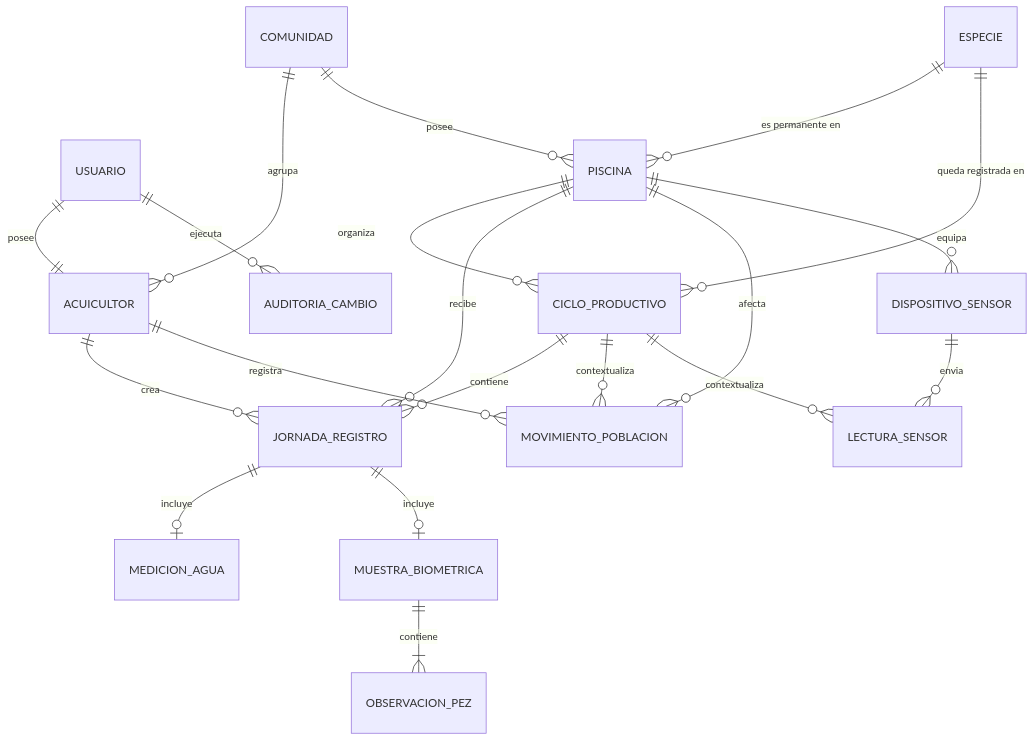
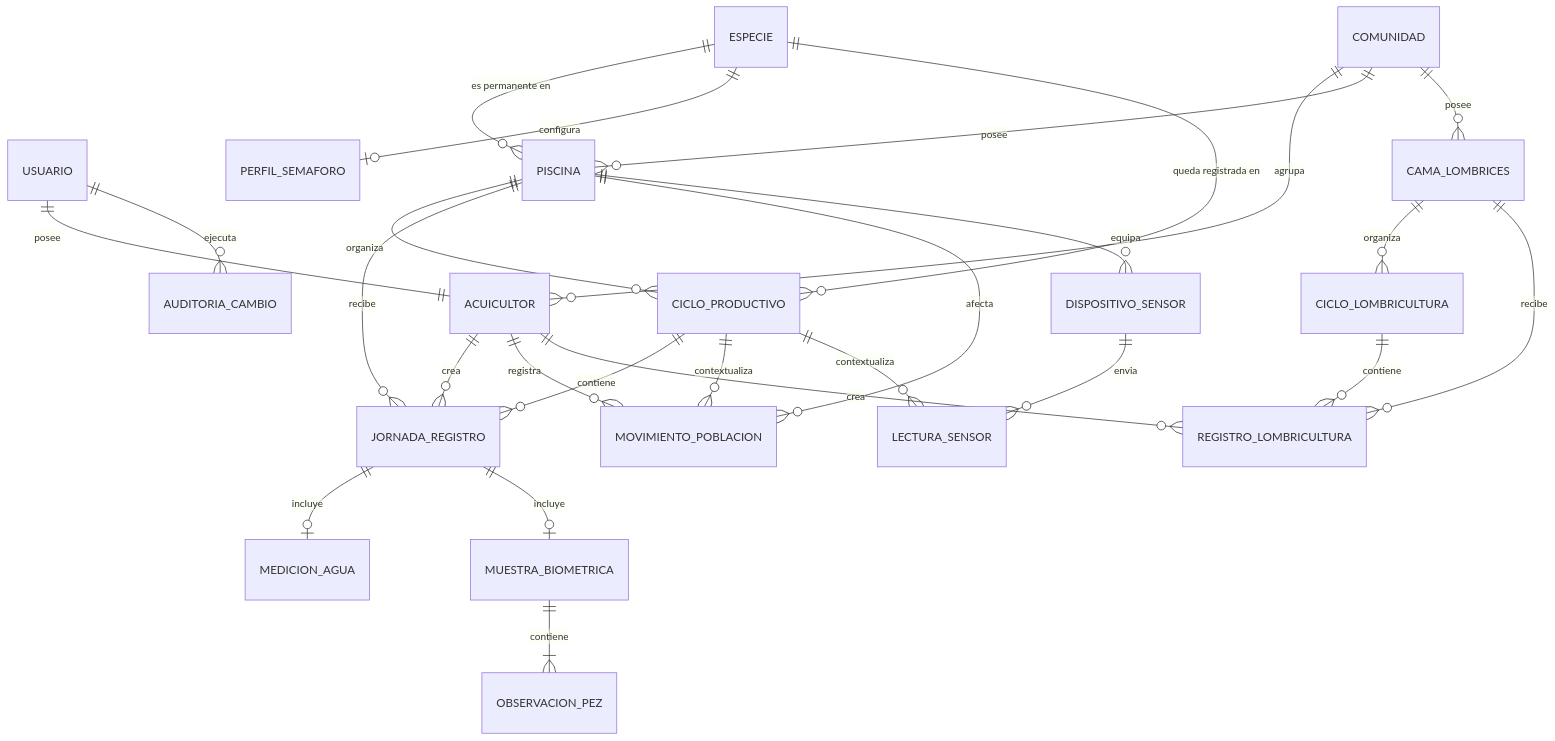
The second of 2 diagrams in ARQUITECTURA.md (S1rGreeN/paitech), drawn with Mermaid before and after one commit. The commit also changed other lines of this file and 29 other files, not shown here.

````diff
--- a/ARQUITECTURA.md
+++ b/ARQUITECTURA.md
@@ -12,22 +12,28 @@
 ```mermaid
 erDiagram
     COMUNIDAD ||--o{ ACUICULTOR : agrupa
     USUARIO ||--|| ACUICULTOR : posee
     COMUNIDAD ||--o{ PISCINA : posee
+    COMUNIDAD ||--o{ CAMA_LOMBRICES : posee
     ESPECIE ||--o{ PISCINA : "es permanente en"
+    ESPECIE ||--o| PERFIL_SEMAFORO : configura
     PISCINA ||--o{ CICLO_PRODUCTIVO : organiza
     ESPECIE ||--o{ CICLO_PRODUCTIVO : "queda registrada en"
     CICLO_PRODUCTIVO ||--o{ JORNADA_REGISTRO : contiene
     PISCINA ||--o{ JORNADA_REGISTRO : recibe
     ACUICULTOR ||--o{ JORNADA_REGISTRO : crea
     JORNADA_REGISTRO ||--o| MEDICION_AGUA : incluye
     JORNADA_REGISTRO ||--o| MUESTRA_BIOMETRICA : incluye
     MUESTRA_BIOMETRICA ||--|{ OBSERVACION_PEZ : contiene
     PISCINA ||--o{ MOVIMIENTO_POBLACION : afecta
     CICLO_PRODUCTIVO ||--o{ MOVIMIENTO_POBLACION : contextualiza
     ACUICULTOR ||--o{ MOVIMIENTO_POBLACION : registra
+    CAMA_LOMBRICES ||--o{ CICLO_LOMBRICULTURA : organiza
+    CICLO_LOMBRICULTURA ||--o{ REGISTRO_LOMBRICULTURA : contiene
+    CAMA_LOMBRICES ||--o{ REGISTRO_LOMBRICULTURA : recibe
+    ACUICULTOR ||--o{ REGISTRO_LOMBRICULTURA : crea
     PISCINA ||--o{ DISPOSITIVO_SENSOR : equipa
     DISPOSITIVO_SENSOR ||--o{ LECTURA_SENSOR : envia
     CICLO_PRODUCTIVO ||--o{ LECTURA_SENSOR : contextualiza
     USUARIO ||--o{ AUDITORIA_CAMBIO : ejecuta
 ```
````
